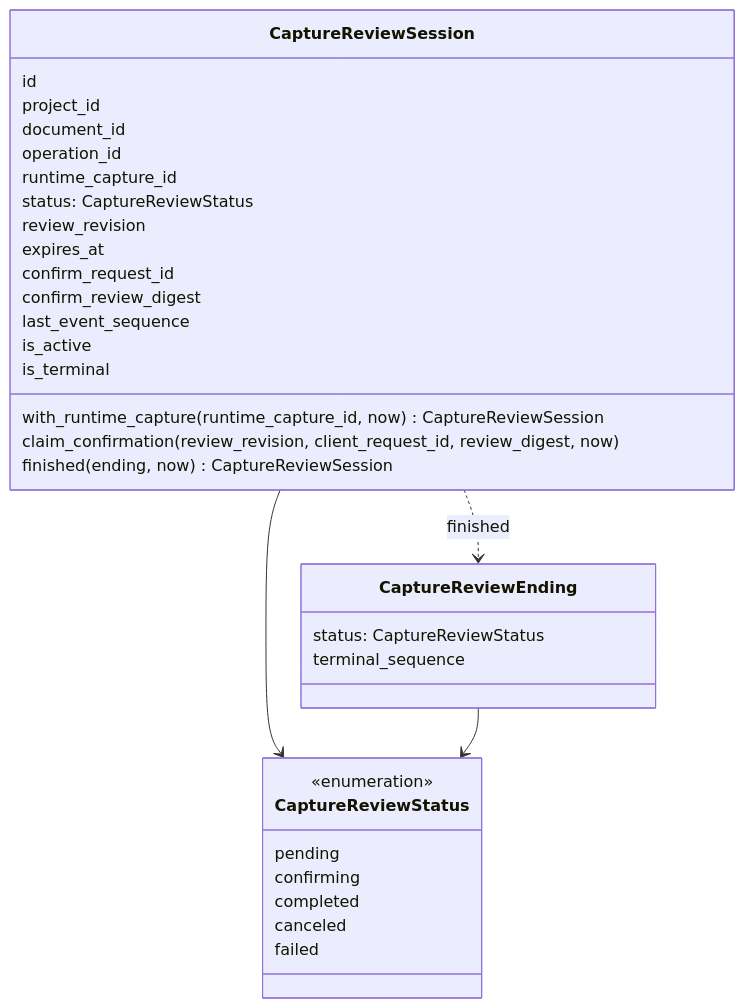
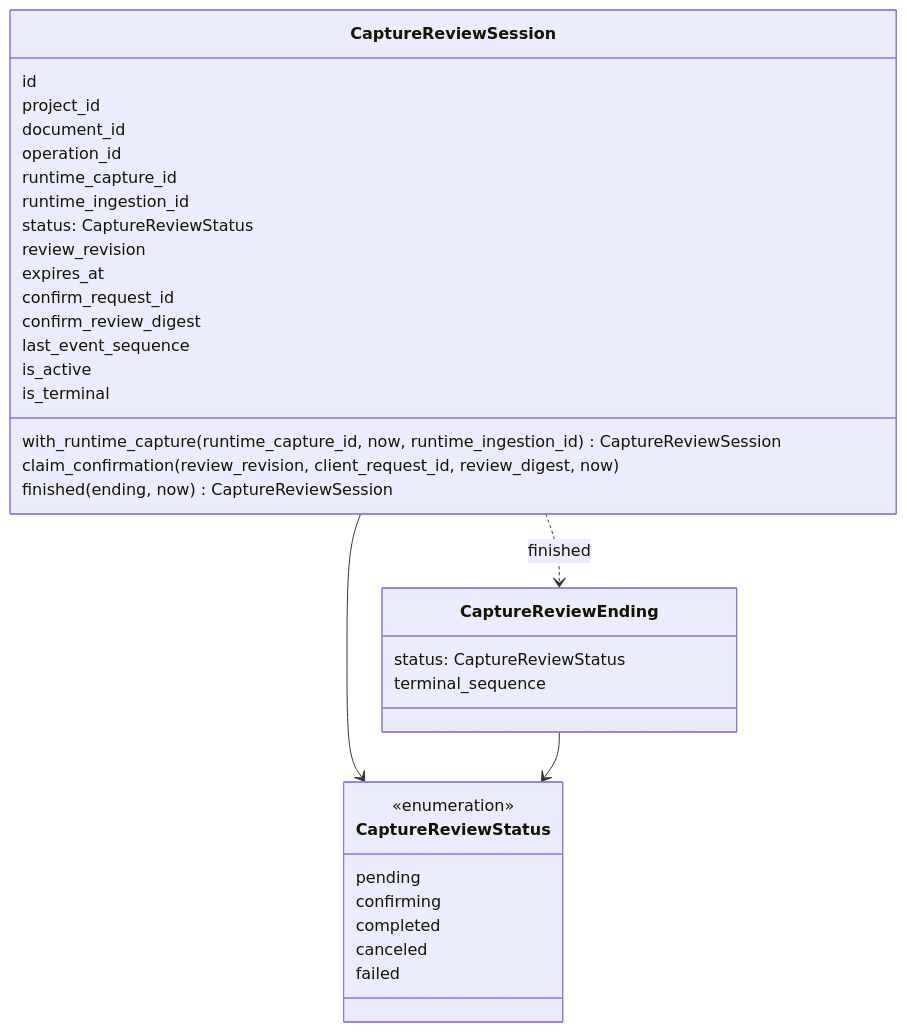
Before and after one commit to WodenWang820118/cert-prep: the first of 3 diagrams in docs/domain/capture_integration.md, drawn with Mermaid. The commit also changed other lines of this file and 227 other files, not shown here.

````diff
--- a/docs/domain/capture_integration.md
+++ b/docs/domain/capture_integration.md
@@ -72,36 +72,37 @@
 ```mermaid
 classDiagram
   class CaptureReviewSession {
     id
     project_id
     document_id
     operation_id
     runtime_capture_id
+    runtime_ingestion_id
     status: CaptureReviewStatus
     review_revision
     expires_at
     confirm_request_id
     confirm_review_digest
     last_event_sequence
     is_active
     is_terminal
-    with_runtime_capture(runtime_capture_id, now) CaptureReviewSession
+    with_runtime_capture(runtime_capture_id, now, runtime_ingestion_id) CaptureReviewSession
     claim_confirmation(review_revision, client_request_id, review_digest, now)
     finished(ending, now) CaptureReviewSession
   }
   class CaptureReviewEnding {
     status: CaptureReviewStatus
     terminal_sequence
   }
   class CaptureReviewStatus {
     <<enumeration>>
     pending
     confirming
     completed
     canceled
     failed
   }
   CaptureReviewSession --> CaptureReviewStatus
   CaptureReviewEnding --> CaptureReviewStatus
   CaptureReviewSession ..> CaptureReviewEnding : finished
 ```
````
